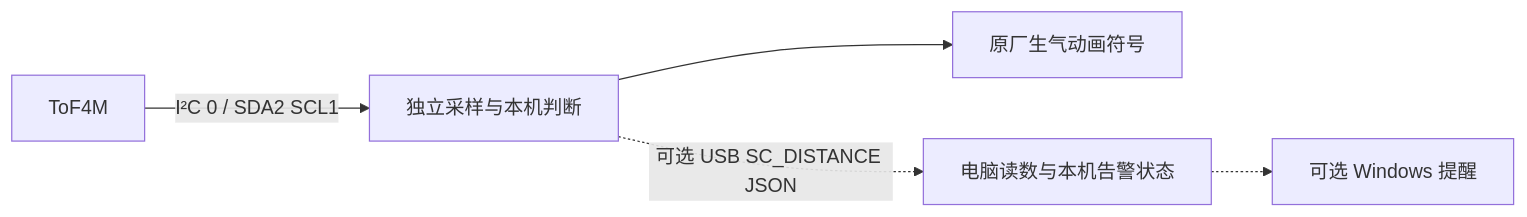
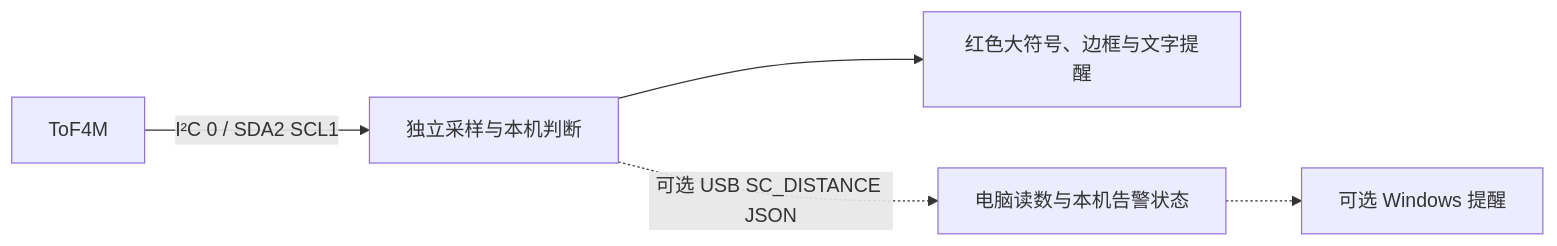
The diagram in README.md (hana-alice/Botifier), drawn with Mermaid before and after one commit. The commit also changed other lines of this file and 3 other files, not shown here.

````diff
--- a/README.md
+++ b/README.md
@@ -26,7 +26,7 @@
 ```mermaid
 flowchart LR
   ToF[ToF4M] -->|I²C 0 / SDA2 SCL1| FW[独立采样与本机判断]
-  FW --> Face[原厂生气动画符号]
+  FW --> Face[红色大符号、边框与文字提醒]
   FW -.->|可选 USB SC_DISTANCE JSON| PC[电脑读数与本机告警状态]
   PC -.-> Notify[可选 Windows 提醒]
 ```
````
